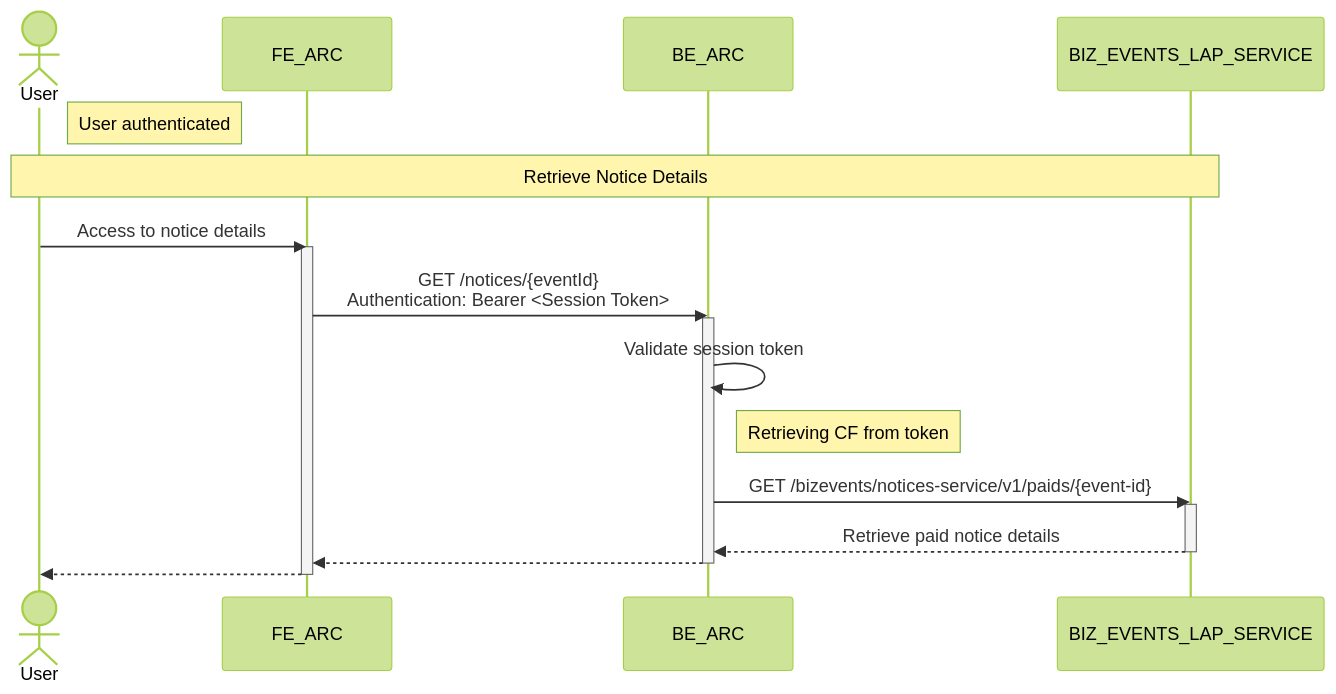
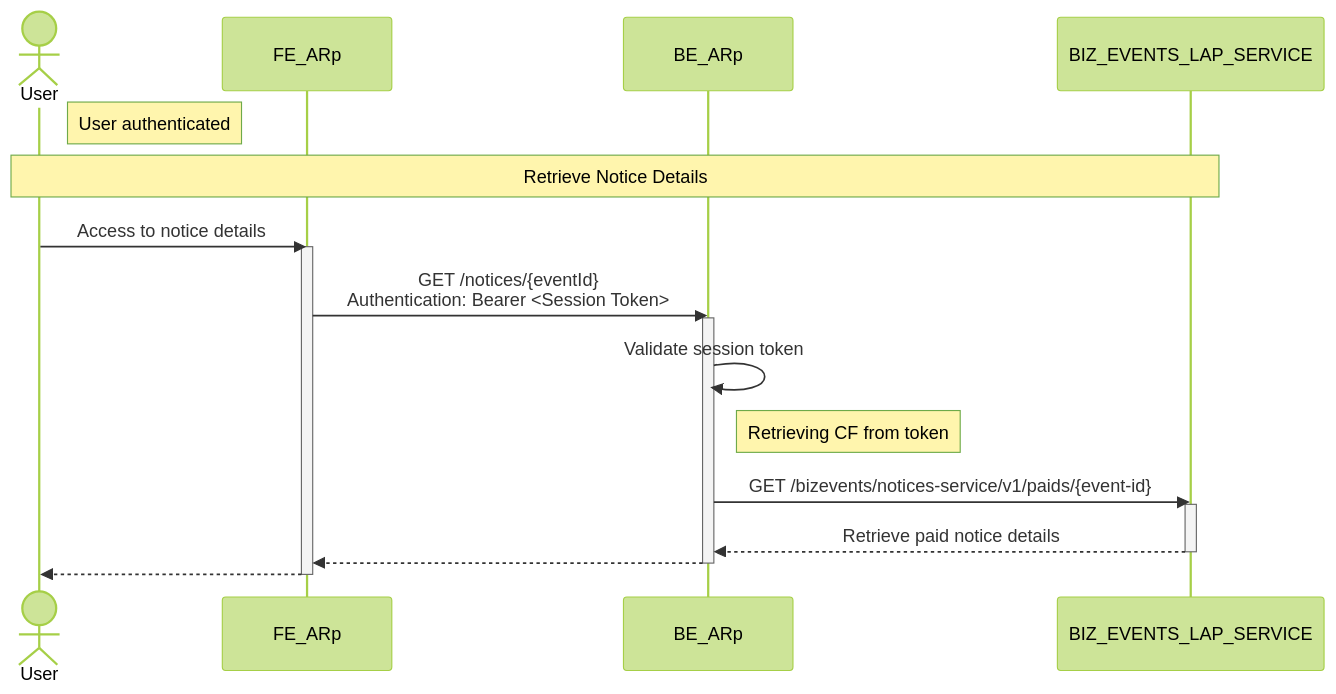
Before and after one commit to pagopa/arc-doc: the diagram in design/arc/notices/sequence_diagram_notice_details.mmd, drawn with Mermaid (forest theme). The commit also changed 2 other files, not shown here.

Commit message:
P4PU-584 updated sequence diagram

```diff
--- a/design/arc/notices/sequence_diagram_notice_details.mmd
+++ b/design/arc/notices/sequence_diagram_notice_details.mmd
@@ -1,22 +1,22 @@
 sequenceDiagram
 actor User
-participant FE_ARC
-participant BE_ARC
+participant FE_ARp
+participant BE_ARp
 participant BIZ_EVENTS_LAP_SERVICE
 
 note right of User: User authenticated
 note over User, BIZ_EVENTS_LAP_SERVICE : Retrieve Notice Details
-    User ->> FE_ARC : Access to notice details
-    activate FE_ARC
-        FE_ARC ->> BE_ARC : GET /notices/{eventId} <br> Authentication: Bearer <Session Token>
-        activate BE_ARC
-            BE_ARC ->> BE_ARC : Validate session token
-            note right of BE_ARC : Retrieving CF from token
-            BE_ARC ->> BIZ_EVENTS_LAP_SERVICE : GET /bizevents/notices-service/v1/paids/{event-id}
+    User ->> FE_ARp : Access to notice details
+    activate FE_ARp
+        FE_ARp ->> BE_ARp : GET /notices/{eventId} <br> Authentication: Bearer <Session Token>
+        activate BE_ARp
+            BE_ARp ->> BE_ARp : Validate session token
+            note right of BE_ARp : Retrieving CF from token
+            BE_ARp ->> BIZ_EVENTS_LAP_SERVICE : GET /bizevents/notices-service/v1/paids/{event-id}
             activate BIZ_EVENTS_LAP_SERVICE
-                BIZ_EVENTS_LAP_SERVICE -->> BE_ARC : Retrieve paid notice details
+                BIZ_EVENTS_LAP_SERVICE -->> BE_ARp : Retrieve paid notice details
             deactivate BIZ_EVENTS_LAP_SERVICE
-            BE_ARC -->> FE_ARC : #
-        deactivate BE_ARC
-        FE_ARC -->> User: #
-    deactivate FE_ARC
+            BE_ARp -->> FE_ARp : #
+        deactivate BE_ARp
+        FE_ARp -->> User: #
+    deactivate FE_ARp
```
